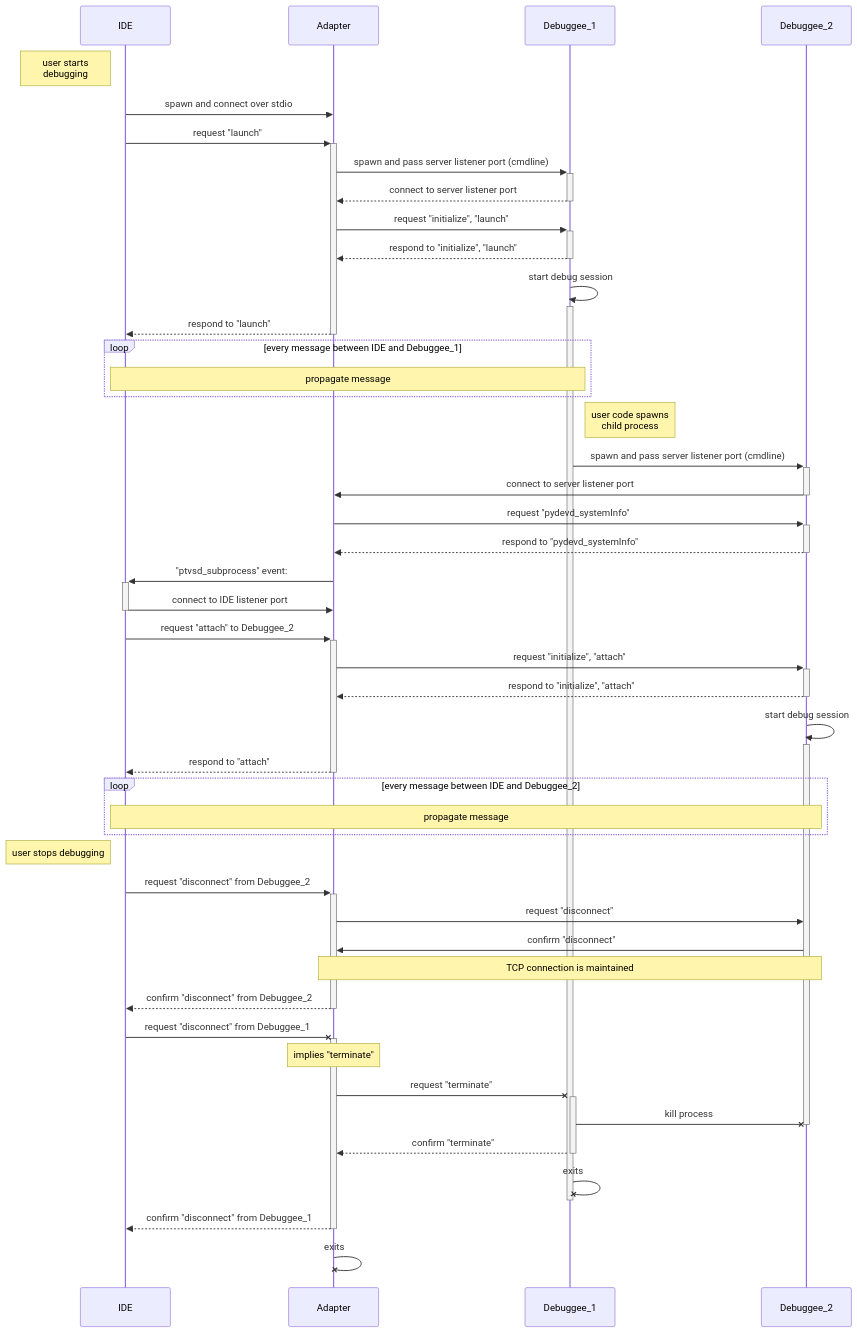
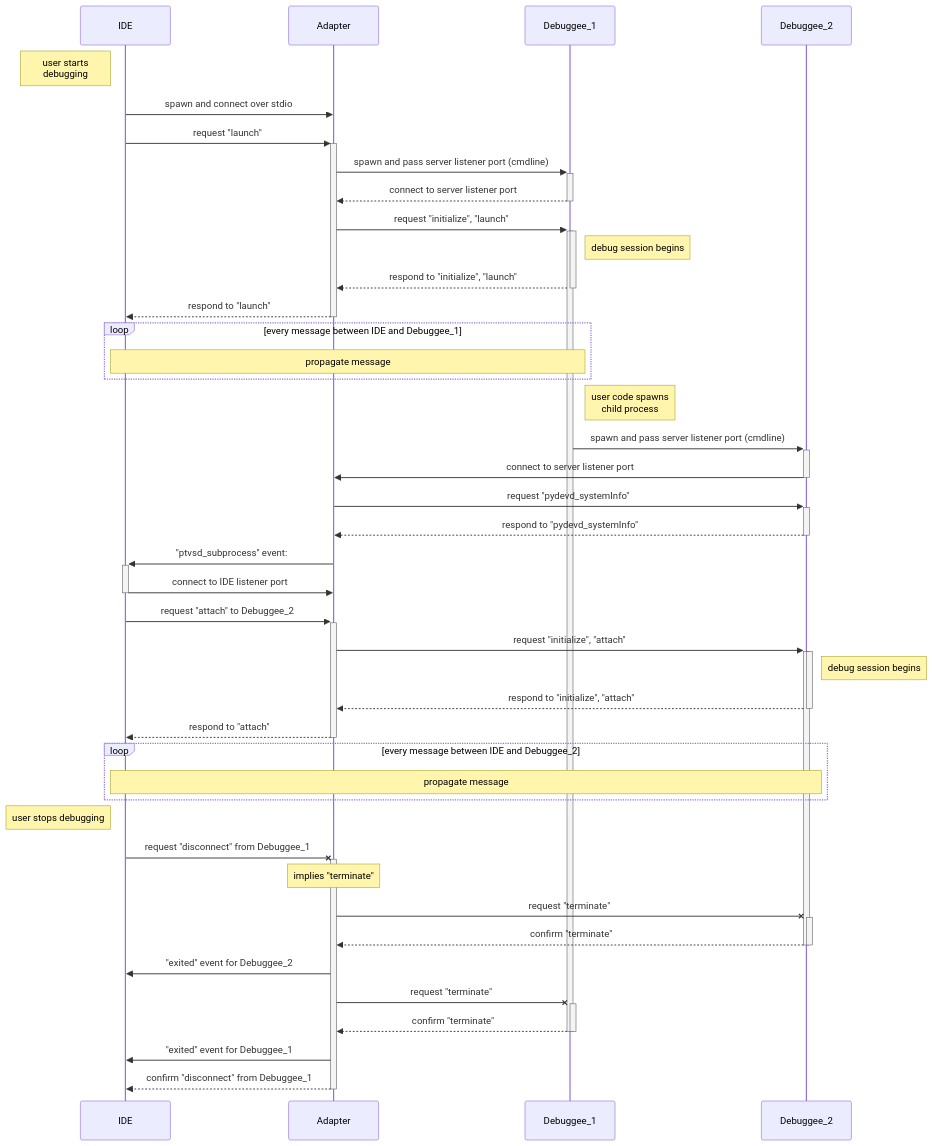
Before and after one commit to microsoft/debugpy: the first of 2 diagrams in doc/Subprocess debugging.md, drawn with Mermaid. The commit also changed other lines of this file, not shown here.

First line of the commit message:
Fix disconnect flow.

````diff
--- a/doc/Subprocess debugging.md
+++ b/doc/Subprocess debugging.md
@@ -49,10 +49,10 @@
 Debuggee_1 -->>- Adapter: connect to server listener port
 
 Adapter ->>+ Debuggee_1: request "initialize", "launch"
+activate Debuggee_1
+note right of Debuggee_1: debug session begins
 
 Debuggee_1 -->>- Adapter: respond to "initialize", "launch"
-
-Debuggee_1 ->>+ Debuggee_1: start debug session
 
 Adapter -->>- IDE: respond to "launch"
 
@@ -78,10 +78,10 @@
 IDE ->>+ Adapter: request "attach" to Debuggee_2
 
 Adapter ->>+ Debuggee_2: request "initialize", "attach"
+activate Debuggee_2
+note right of Debuggee_2: debug session begins
 
 Debuggee_2 -->>- Adapter: respond to "initialize", "attach"
-
-Debuggee_2 ->>+ Debuggee_2: start debug session
 
 Adapter -->>- IDE: respond to "attach"
 
@@ -92,30 +92,23 @@
 
 Note left of IDE: user stops debugging
 
-IDE ->>+ Adapter: request "disconnect" from Debuggee_2
-
-Adapter ->> Debuggee_2: request "disconnect"
-
-Debuggee_2 ->> Adapter: confirm "disconnect"
-
-Note over Adapter,Debuggee_2: TCP connection is maintained
-
-Adapter -->>- IDE: confirm "disconnect" from Debuggee_2
-
 IDE -X+ Adapter: request "disconnect" from Debuggee_1
 
 Note over Adapter: implies "terminate"
 
+Adapter -X+ Debuggee_2: request "terminate"
+
+Debuggee_2 -->>- Adapter: confirm "terminate"
+deactivate Debuggee_2
+
+Adapter ->> IDE: "exited" event for Debuggee_2
+
 Adapter -X+ Debuggee_1: request "terminate"
 
-Debuggee_1 -X Debuggee_2: kill process
-deactivate Debuggee_2
+Debuggee_1 -->>- Adapter: confirm "terminate"
+deactivate Debuggee_1
 
-Debuggee_1 -->>- Adapter: confirm "terminate"
-
-Debuggee_1 -X- Debuggee_1: exits
+Adapter ->> IDE: "exited" event for Debuggee_1
 
 Adapter -->>- IDE: confirm "disconnect" from Debuggee_1
-
-Adapter -X Adapter: exits
 ```
````
